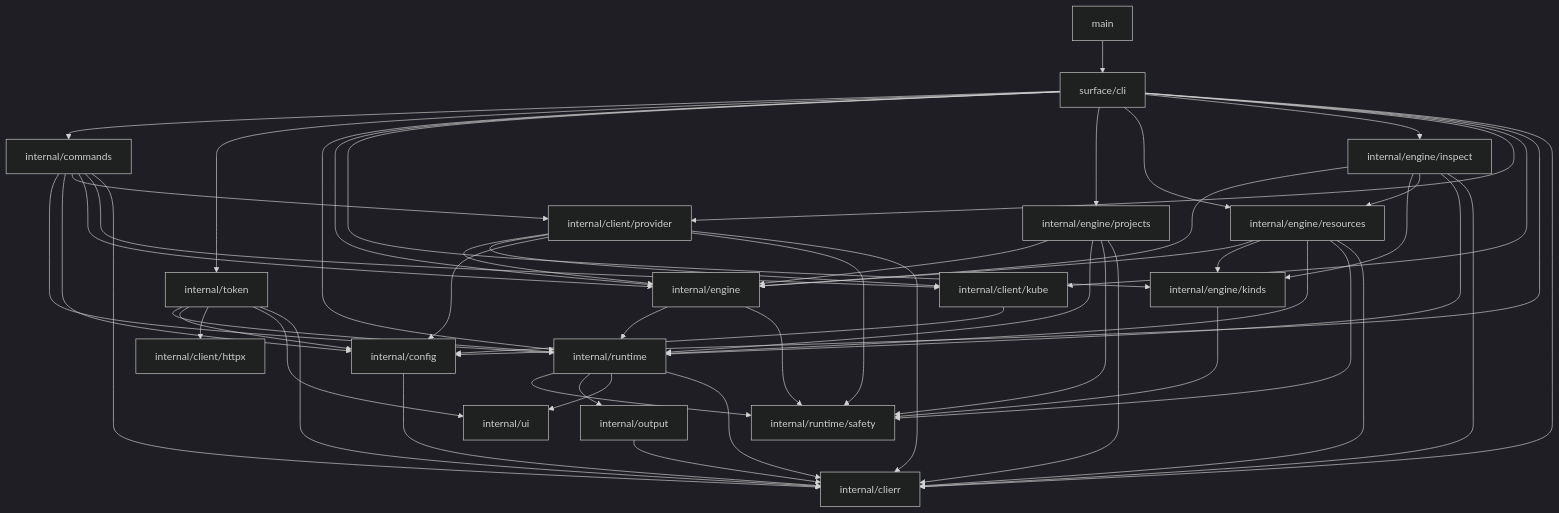
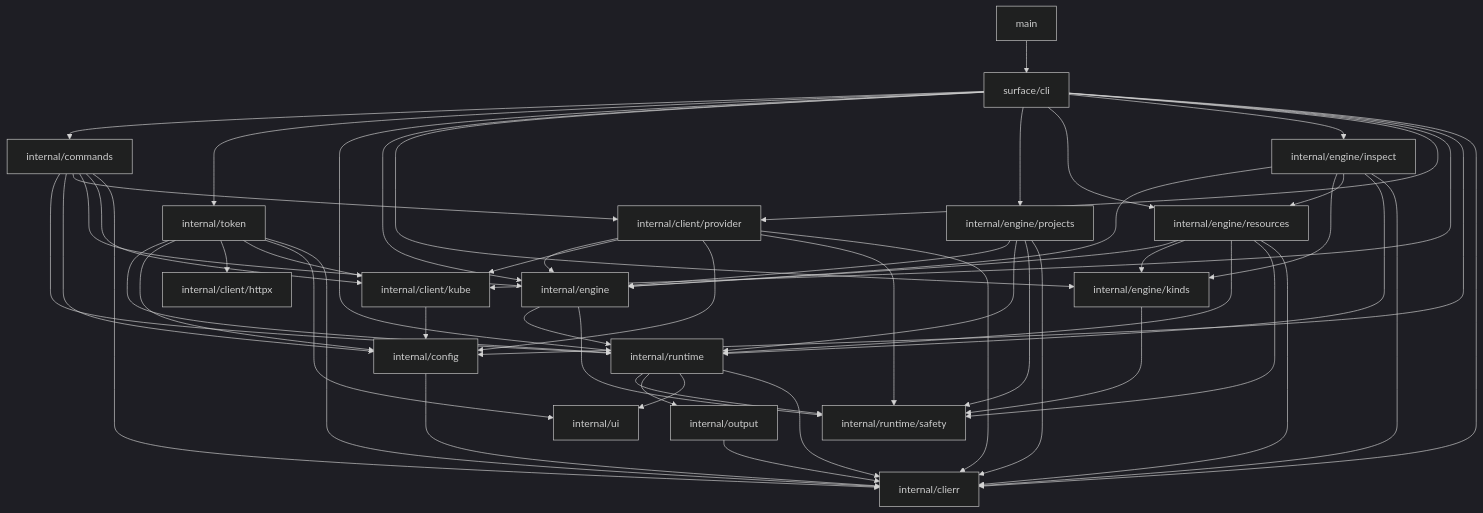
The diagram in ARCHITECTURE.md (rancher/rancher-cli), drawn with Mermaid (dark theme) before and after one commit. The commit also changed 6 other files, not shown here.

```diff
--- a/ARCHITECTURE.md
+++ b/ARCHITECTURE.md
@@ -110,6 +110,7 @@
     token --> runtime
     token --> config
     token --> httpx
+    token --> kube
     token --> ui
     token --> clierr
 
```
